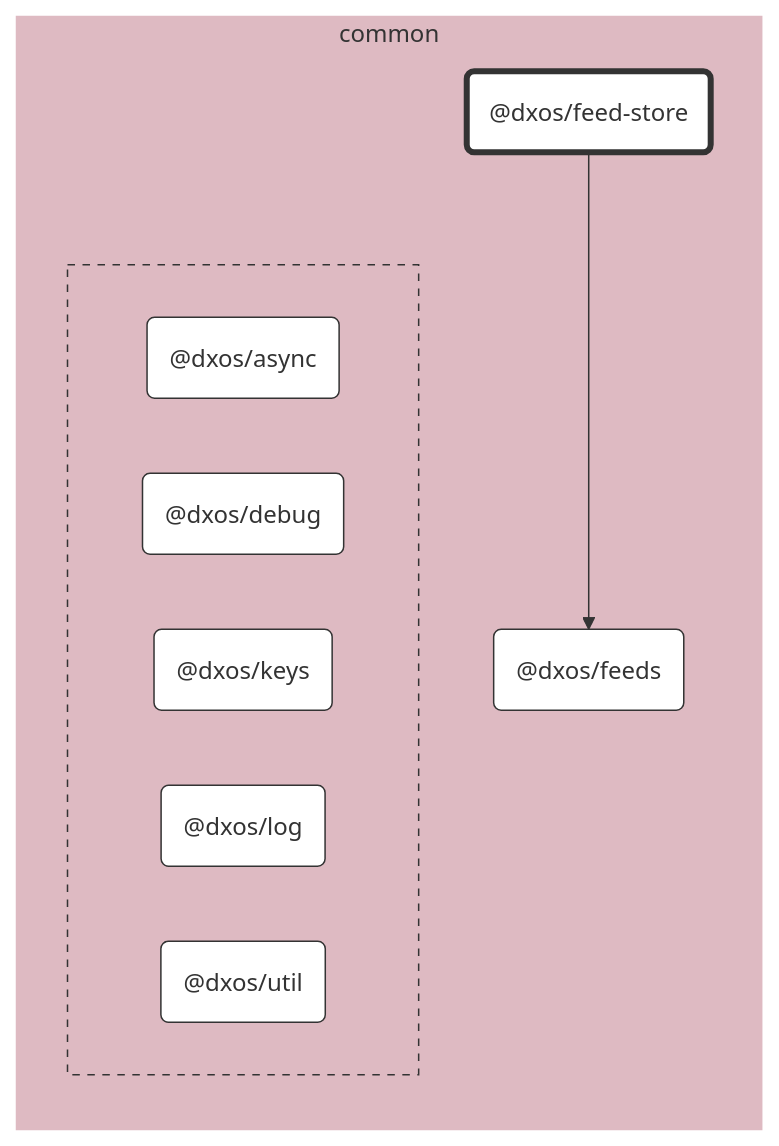
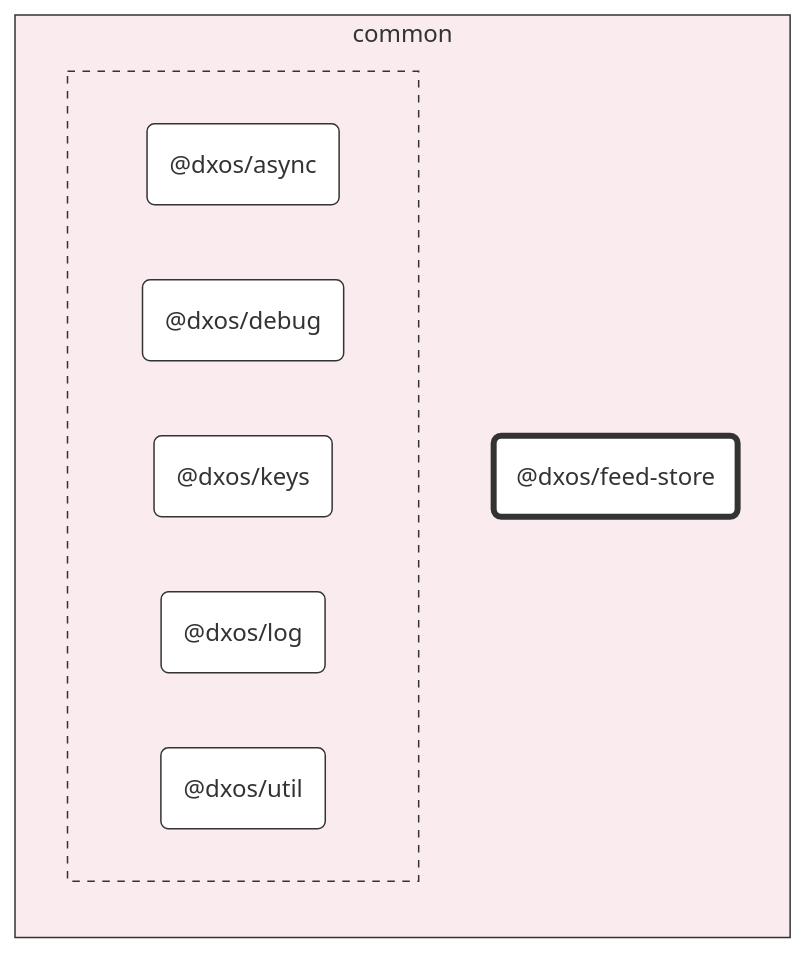
One commit to dxos/dxos changed the diagram in packages/common/feed-store/docs/README.md. Above: the diagram before and after it, drawn with Mermaid. The commit also changed other lines of this file and 93 other files, not shown here.

First line of the commit message:
chore: hierarchical graphs. (#1583)

````diff
--- a/packages/common/feed-store/docs/README.md
+++ b/packages/common/feed-store/docs/README.md
@@ -7,37 +7,34 @@
 ```mermaid
 %%{ init: {'flowchart':{'curve':'basis'}} }%%
 
 flowchart LR
 
 %% Classes
 classDef def fill:#fff,stroke:#333,stroke-width:1px
 classDef root fill:#fff,stroke:#333,stroke-width:4px
 
 %% Nodes
 
 subgraph common [common]
-  style common fill:#debac2,stroke:#fff
+  style common fill:#faebee,stroke:#333
   dxos/feed-store("@dxos/feed-store"):::root
   click dxos/feed-store "dxos/dxos/tree/main/packages/common/feed-store/docs"
-  dxos/feeds("@dxos/feeds"):::def
-  click dxos/feeds "dxos/dxos/tree/main/packages/common/feeds/docs"
 
-  subgraph common-excluded [ ]
-    style common-excluded fill:#debac2,stroke:#333,stroke-dasharray:5 5
+  subgraph _ [ ]
+    style _ fill:#faebee,stroke:#333,stroke-dasharray:5 5
     dxos/async("@dxos/async"):::def
     click dxos/async "dxos/dxos/tree/main/packages/common/async/docs"
     dxos/debug("@dxos/debug"):::def
     click dxos/debug "dxos/dxos/tree/main/packages/common/debug/docs"
     dxos/keys("@dxos/keys"):::def
     click dxos/keys "dxos/dxos/tree/main/packages/common/keys/docs"
     dxos/log("@dxos/log"):::def
     click dxos/log "dxos/dxos/tree/main/packages/common/log/docs"
     dxos/util("@dxos/util"):::def
     click dxos/util "dxos/dxos/tree/main/packages/common/util/docs"
   end
 end
 
 %% Links
 linkStyle default stroke:#333,stroke-width:1px
-dxos/feed-store --> dxos/feeds
 ```
````
